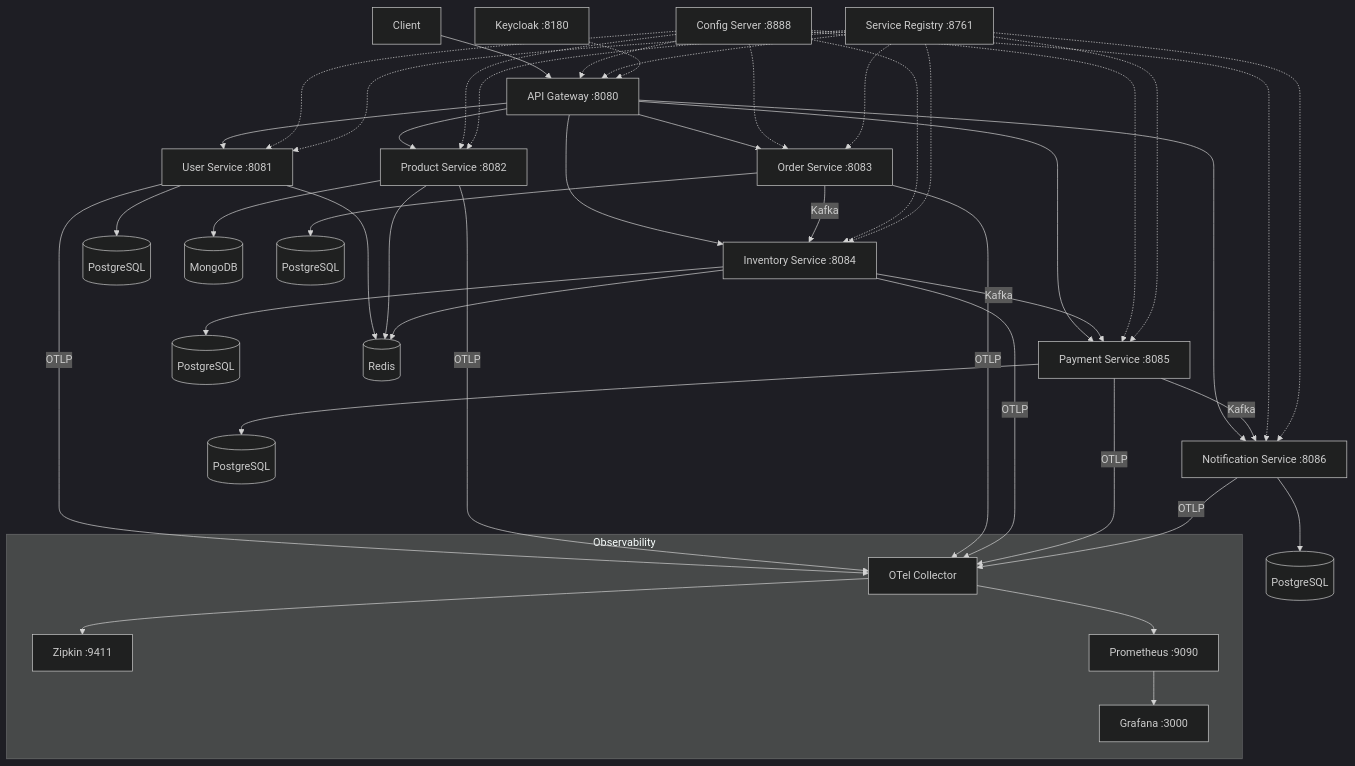
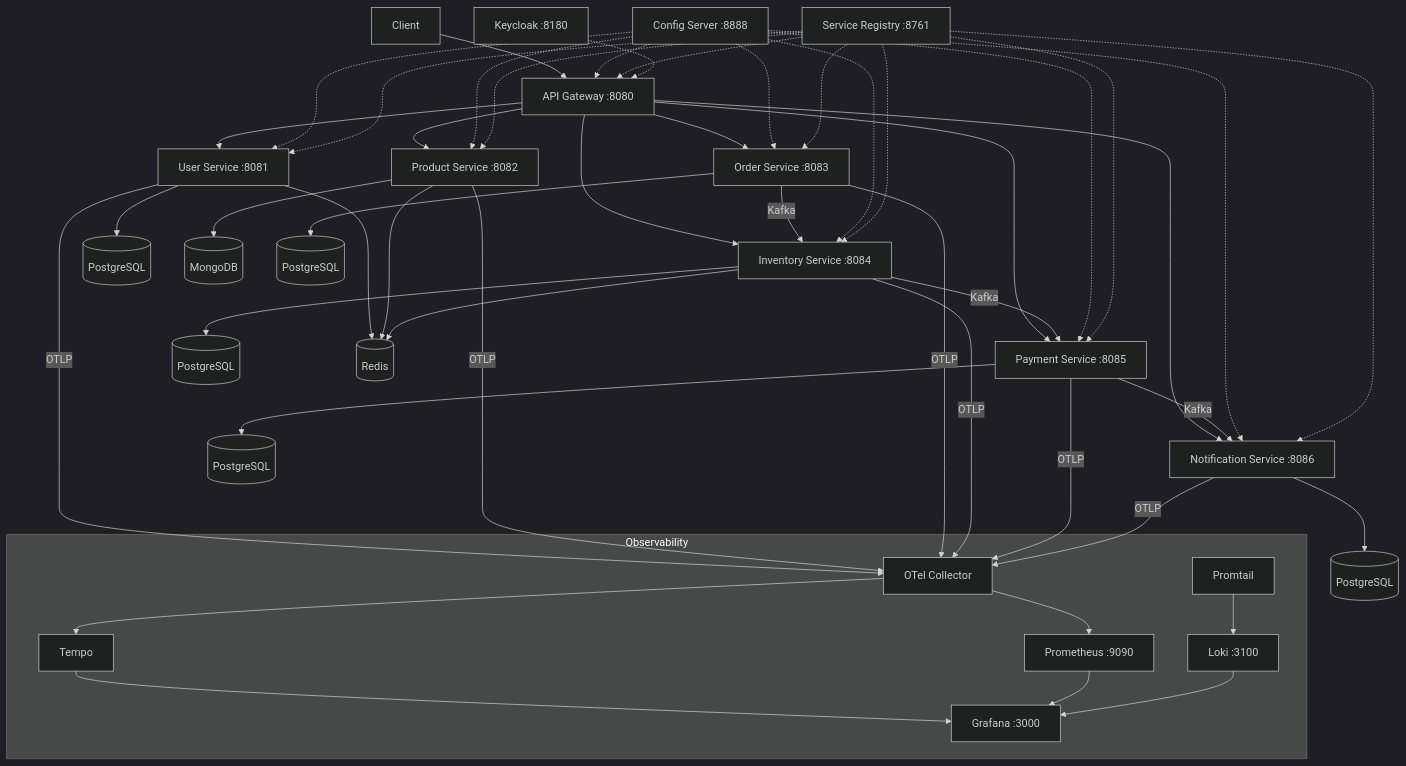
The diagram in README.md (shashankm0310/ecommerce-microservices-platform), drawn with Mermaid (dark theme) before and after one commit. The commit also changed other lines of this file and 7 other files, not shown here.

First line of the commit message:
Add Grafana Loki + Promtail for centralized log aggregation

````diff
--- a/README.md
+++ b/README.md
@@ -7,37 +7,38 @@
 ```mermaid
 graph TB
     Client[Client] --> GW[API Gateway :8080]
 
     GW --> US[User Service :8081]
     GW --> PS[Product Service :8082]
     GW --> OS[Order Service :8083]
     GW --> IS[Inventory Service :8084]
     GW --> PMS[Payment Service :8085]
     GW --> NS[Notification Service :8086]
 
     OS -->|Kafka| IS
     IS -->|Kafka| PMS
     PMS -->|Kafka| NS
 
     CS[Config Server :8888] -.-> US & PS & OS & IS & PMS & NS & GW
     SR[Service Registry :8761] -.-> US & PS & OS & IS & PMS & NS & GW
 
     US --> UDB[(PostgreSQL)]
     PS --> MDB[(MongoDB)]
     OS --> ODB[(PostgreSQL)]
     IS --> IDB[(PostgreSQL)]
     PMS --> PMDB[(PostgreSQL)]
     NS --> NDB[(PostgreSQL)]
 
     US & PS & IS --> Redis[(Redis)]
 
     KC[Keycloak :8180] -.-> GW
 
     subgraph Observability
-        OC[OTel Collector] --> ZK[Zipkin :9411]
+        OC[OTel Collector] --> TM[Tempo]
         OC --> PM[Prometheus :9090]
-        PM --> GR[Grafana :3000]
+        PT[Promtail] --> LK[Loki :3100]
+        TM & PM & LK --> GR[Grafana :3000]
     end
 
     US & PS & OS & IS & PMS & NS -->|OTLP| OC
 ```
````
